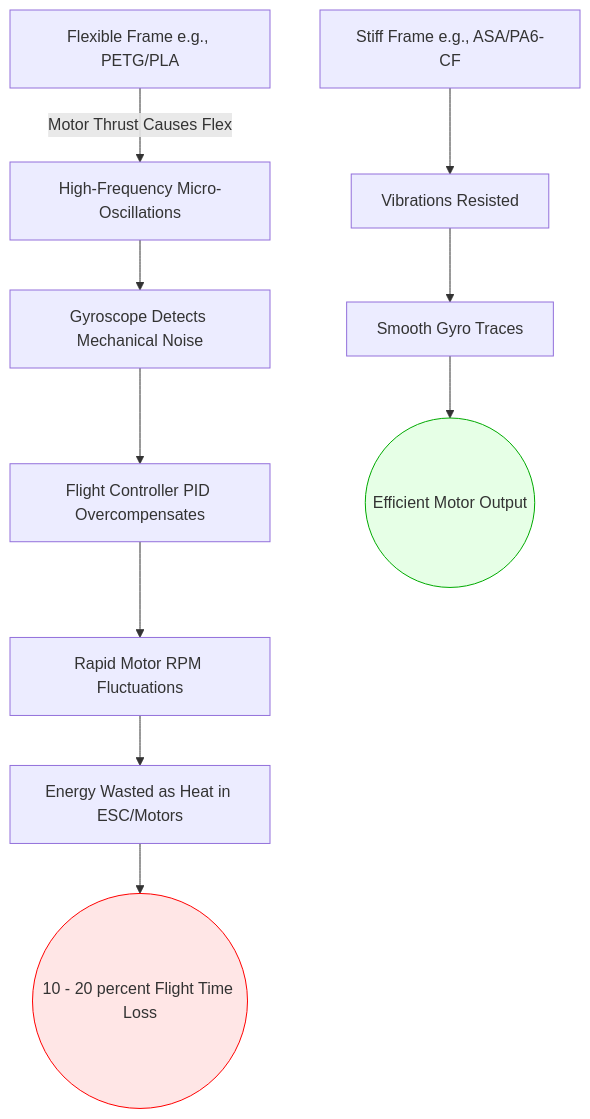
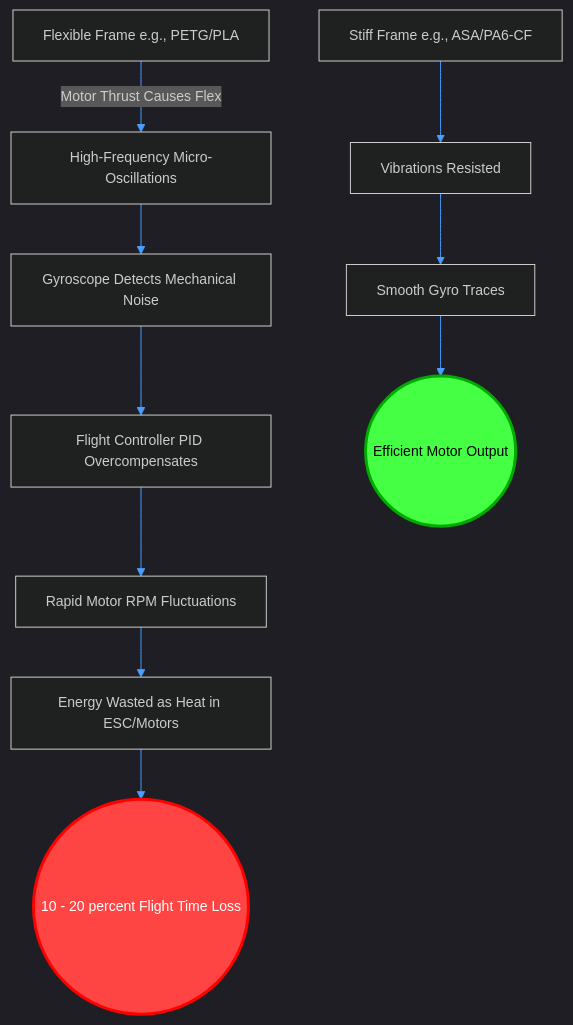
One commit to ironLegion88/Autonomous-UAV changed the fourth of 4 diagrams in docs/Trade_Studies/01_Propulsion_and_Endurance.md. Above: the diagram before and after it, drawn with Mermaid. The commit also changed other lines of this file and 10 other files, not shown here.

Commit message:
docs: Improve Mermaid theming contrast

````diff
--- a/docs/Trade_Studies/01_Propulsion_and_Endurance.md
+++ b/docs/Trade_Studies/01_Propulsion_and_Endurance.md
@@ -129,16 +134,17 @@
 ```mermaid
+%%{init: {'theme': 'dark', 'themeVariables': {'fontSize': '14px', 'primaryColor': '#1e1e1e', 'primaryTextColor': '#ffffff', 'primaryBorderColor': '#4a9eff', 'lineColor': '#4a9eff'}, 'flowchart': {'useMaxWidth': true}}}%%
 flowchart TD
     Flex[Flexible Frame e.g., PETG/PLA] -->|Motor Thrust Causes Flex| Vib[High-Frequency Micro-Oscillations]
     Vib --> Gyro[Gyroscope Detects Mechanical Noise]
     Gyro --> PID[Flight Controller PID Overcompensates]
     PID --> RPM[Rapid Motor RPM Fluctuations]
     RPM --> Heat[Energy Wasted as Heat in ESC/Motors]
     Heat --> Loss((10 - 20 percent Flight Time Loss))
     
     Stiff[Stiff Frame e.g., ASA/PA6-CF] --> Damp[Vibrations Resisted]
     Damp --> Smooth[Smooth Gyro Traces]
     Smooth --> Eff((Efficient Motor Output))
     
-    style Loss fill:#ffe6e6,stroke:#ff0000
-    style Eff fill:#e6ffe6,stroke:#00aa00
+    style Loss fill:#ff4444,stroke:#ff0000,stroke-width:3px,color:#ffffff
+    style Eff fill:#44ff44,stroke:#00aa00,stroke-width:3px,color:#000000
 ```
````
